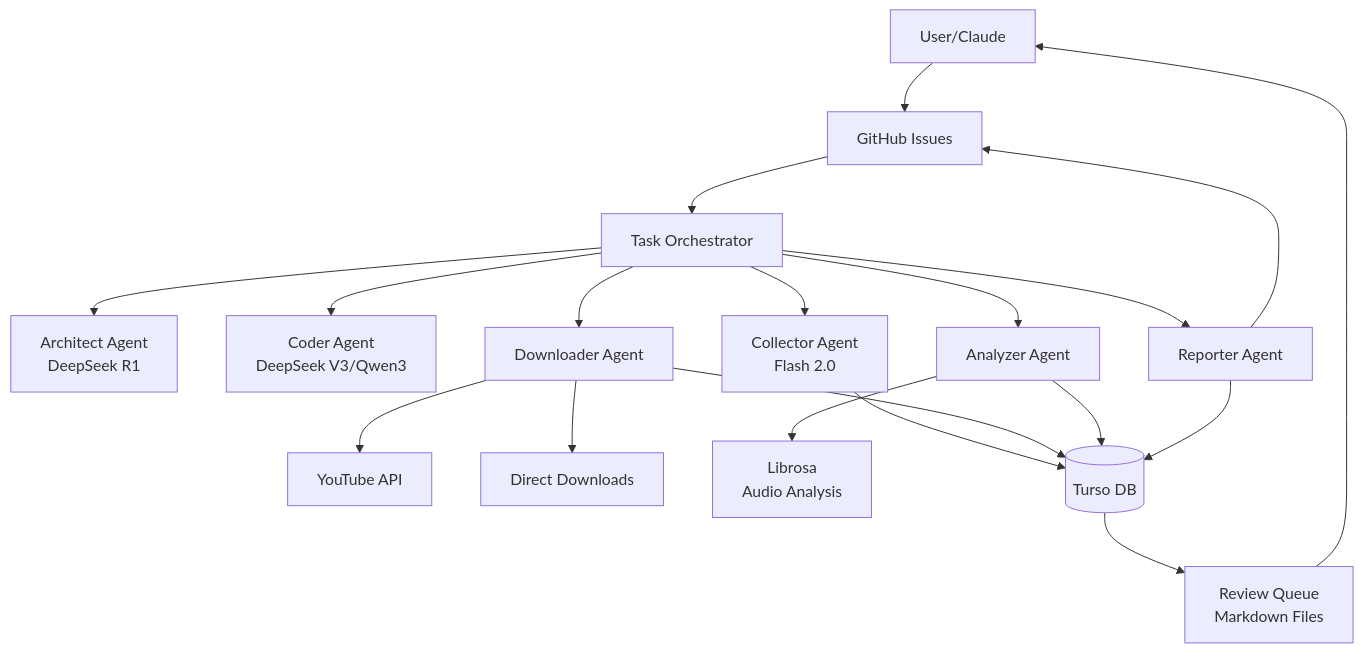
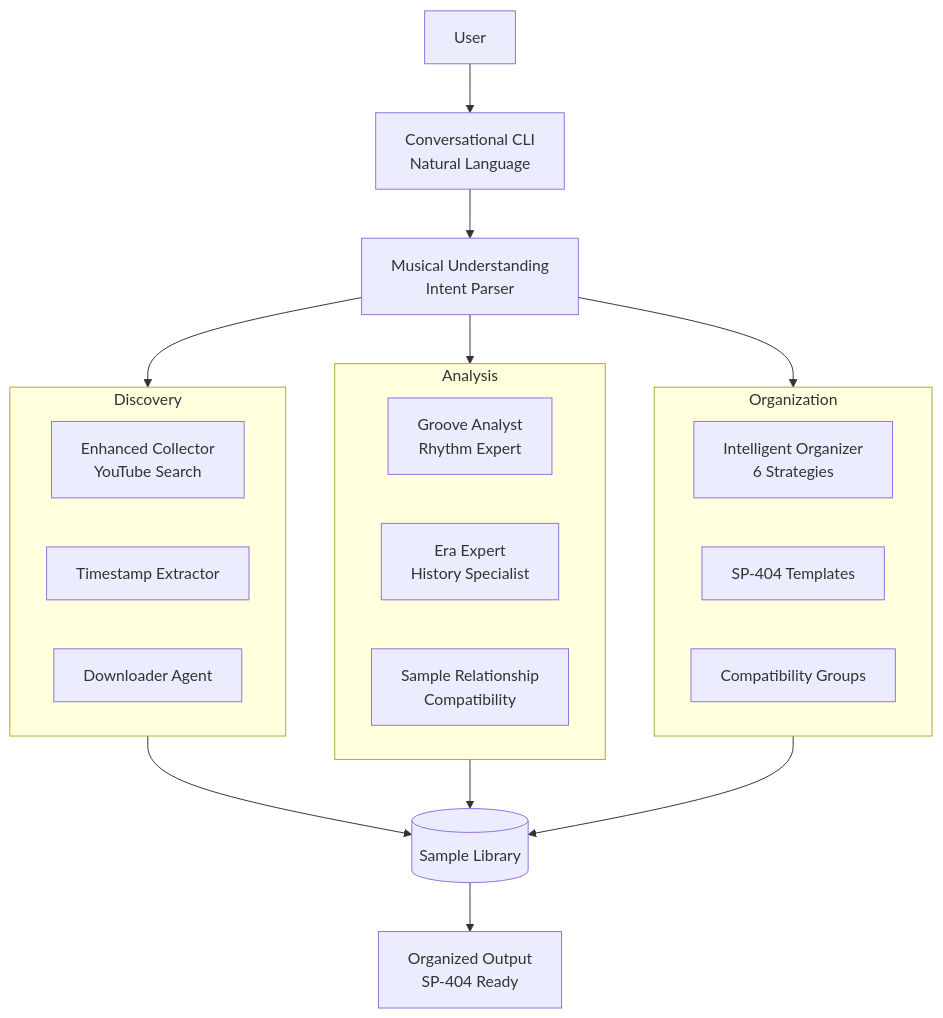
The first of 2 diagrams in docs/ARCHITECTURE.md (ciscoittech/sp404mk2-sample-agent), drawn with Mermaid before and after one commit. The commit also changed other lines of this file and 110 other files, not shown here.

````diff
--- a/docs/ARCHITECTURE.md
+++ b/docs/ARCHITECTURE.md
@@ -17,27 +17,33 @@
 ```mermaid
 graph TB
-    User[User/Claude] --> GH[GitHub Issues]
-    GH --> Orchestrator[Task Orchestrator]
+    User[User] --> CLI[Conversational CLI<br/>Natural Language]
+    CLI --> MU[Musical Understanding<br/>Intent Parser]
     
-    Orchestrator --> Architect[Architect Agent<br/>DeepSeek R1]
-    Orchestrator --> Coder[Coder Agent<br/>DeepSeek V3/Qwen3]
-    Orchestrator --> Collector[Collector Agent<br/>Flash 2.0]
-    Orchestrator --> Downloader[Downloader Agent]
-    Orchestrator --> Analyzer[Analyzer Agent]
-    Orchestrator --> Reporter[Reporter Agent]
+    MU --> Discovery[Discovery Pipeline]
+    MU --> Analysis[Analysis Pipeline]
+    MU --> Organization[Organization Pipeline]
     
-    Downloader --> YT[YouTube API]
-    Downloader --> Direct[Direct Downloads]
+    subgraph Discovery
+        Collector[Enhanced Collector<br/>YouTube Search]
+        Timestamp[Timestamp Extractor]
+        Downloader[Downloader Agent]
+    end
     
-    Analyzer --> Librosa[Librosa<br/>Audio Analysis]
+    subgraph Analysis
+        Groove[Groove Analyst<br/>Rhythm Expert]
+        Era[Era Expert<br/>History Specialist]
+        Relationship[Sample Relationship<br/>Compatibility]
+    end
     
-    Collector --> DB[(Turso DB)]
-    Downloader --> DB
-    Analyzer --> DB
-    Reporter --> DB
+    subgraph Organization
+        Organizer[Intelligent Organizer<br/>6 Strategies]
+        SP404[SP-404 Templates]
+        Compat[Compatibility Groups]
+    end
     
-    DB --> ReviewQueue[Review Queue<br/>Markdown Files]
-    ReviewQueue --> User
+    Discovery --> Storage[(Sample Library)]
+    Analysis --> Storage
+    Organization --> Storage
     
-    Reporter --> GH
+    Storage --> Output[Organized Output<br/>SP-404 Ready]
 ```
````
